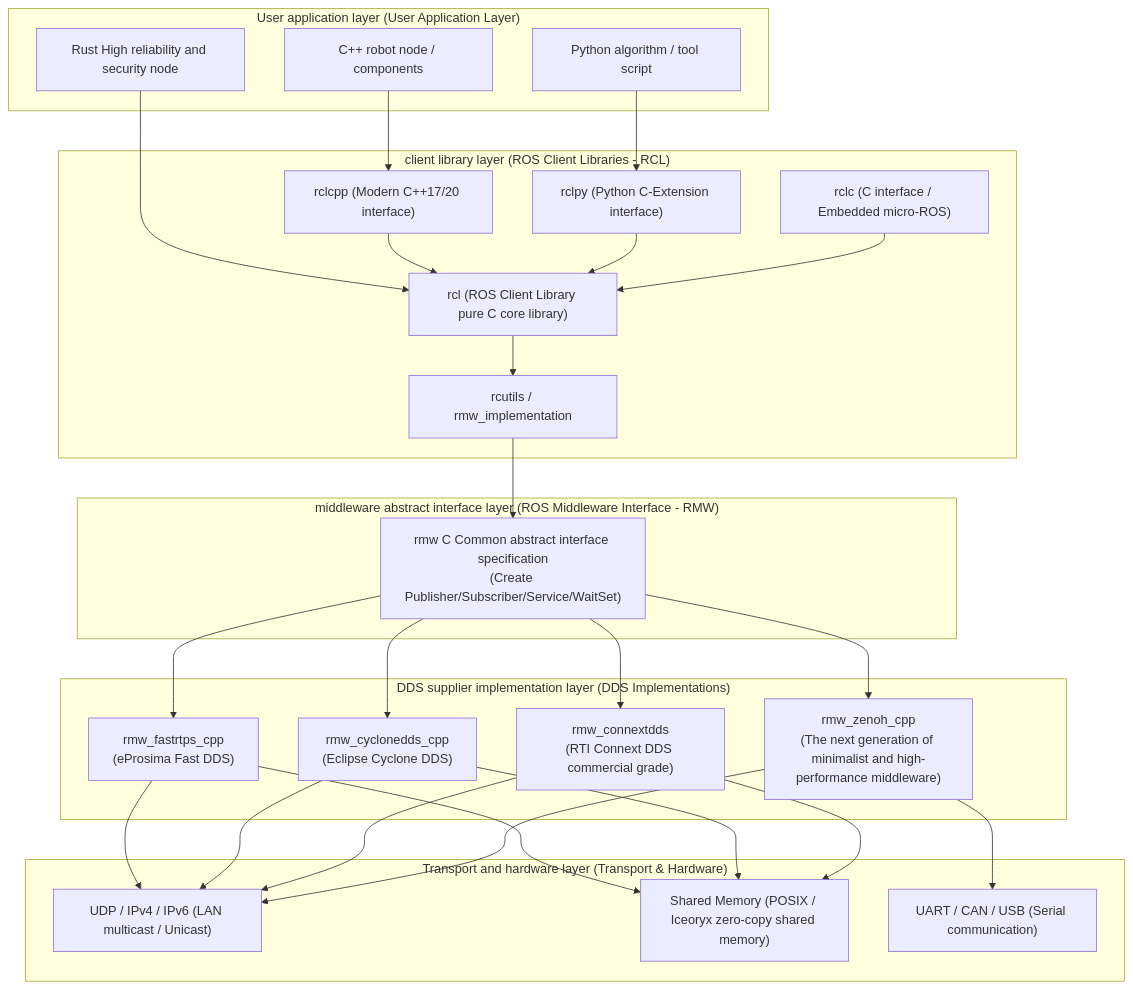
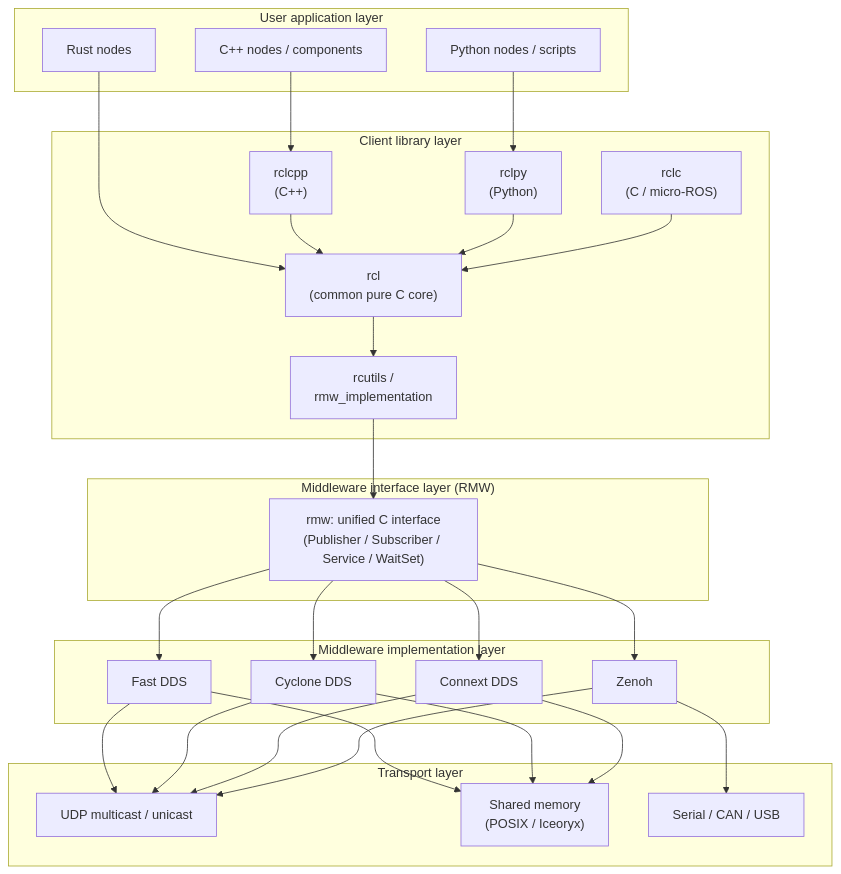
The second of 21 diagrams in _translations/en/research/ROS2-Survey.md (TingdeLiu/tingdeliu.github.io), drawn with Mermaid before and after one commit. The commit also changed other lines of this file and 2 other files, not shown here.

First line of the commit message:
Sync the English ROS 2 guide with the Chinese layout revision

````diff
--- a/_translations/en/research/ROS2-Survey.md
+++ b/_translations/en/research/ROS2-Survey.md
@@ -129,49 +115,49 @@
 ```mermaid
 flowchart TB
-    subgraph UserLayer["User application layer (User Application Layer)"]
-        AppCpp["C++ robot node / components"]
-        AppPy["Python algorithm / tool script"]
-        AppRust["Rust High reliability and security node"]
+    subgraph UserLayer["User application layer"]
+        AppCpp["C++ nodes / components"]
+        AppPy["Python nodes / scripts"]
+        AppRust["Rust nodes"]
     end
 
-    subgraph ClientLayer["client library layer (ROS Client Libraries - RCL)"]
-        RCLCPP["rclcpp (Modern C++17/20 interface)"]
-        RCLPY["rclpy (Python C-Extension interface)"]
-        RCLC["rclc (C interface / Embedded micro-ROS)"]
-        RCL["rcl (ROS Client Library pure C core library)"]
-        RCUTILS["rcutils / rmw_implementation"]
+    subgraph ClientLayer["Client library layer"]
+        RCLCPP["rclcpp<br/>(C++)"]
+        RCLPY["rclpy<br/>(Python)"]
+        RCLC["rclc<br/>(C / micro-ROS)"]
+        RCL["rcl<br/>(common pure C core)"]
+        RCUTILS["rcutils /<br/>rmw_implementation"]
     end
 
-    subgraph RMWLayer["middleware abstract interface layer (ROS Middleware Interface - RMW)"]
-        RMW_API["rmw C Common abstract interface specification<br/>(Create Publisher/Subscriber/Service/WaitSet)"]
+    subgraph RMWLayer["Middleware interface layer (RMW)"]
+        RMW_API["rmw: unified C interface<br/>(Publisher / Subscriber / Service / WaitSet)"]
     end
 
-    subgraph DDSLayer["DDS supplier implementation layer (DDS Implementations)"]
-        RMW_Fast["rmw_fastrtps_cpp<br/>(eProsima Fast DDS)"]
-        RMW_Cyclone["rmw_cyclonedds_cpp<br/>(Eclipse Cyclone DDS)"]
-        RMW_Connext["rmw_connextdds<br/>(RTI Connext DDS commercial grade)"]
-        RMW_Zenoh["rmw_zenoh_cpp<br/>(The next generation of minimalist and high-performance middleware)"]
+    subgraph DDSLayer["Middleware implementation layer"]
+        RMW_Fast["Fast DDS"]
+        RMW_Cyclone["Cyclone DDS"]
+        RMW_Connext["Connext DDS"]
+        RMW_Zenoh["Zenoh"]
     end
 
-    subgraph TransportLayer["Transport and hardware layer (Transport & Hardware)"]
-        UDP["UDP / IPv4 / IPv6 (LAN multicast / Unicast)"]
-        SHM["Shared Memory (POSIX / Iceoryx zero-copy shared memory)"]
-        UART["UART / CAN / USB (Serial communication)"]
+    subgraph TransportLayer["Transport layer"]
+        UDP["UDP multicast / unicast"]
+        SHM["Shared memory<br/>(POSIX / Iceoryx)"]
+        UART["Serial / CAN / USB"]
     end
 
     AppCpp --> RCLCPP
     AppPy --> RCLPY
     AppRust --> RCL
     RCLCPP --> RCL
     RCLPY --> RCL
     RCLC --> RCL
     RCL --> RCUTILS --> RMW_API
     RMW_API --> RMW_Fast
     RMW_API --> RMW_Cyclone
     RMW_API --> RMW_Connext
     RMW_API --> RMW_Zenoh
     RMW_Fast --> UDP & SHM
     RMW_Cyclone --> UDP & SHM
     RMW_Connext --> UDP & SHM
     RMW_Zenoh --> UDP & UART
 ```
````
